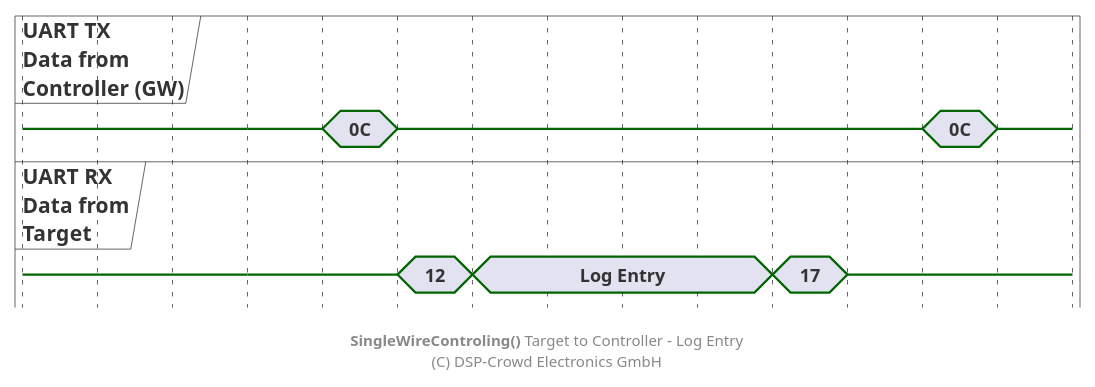
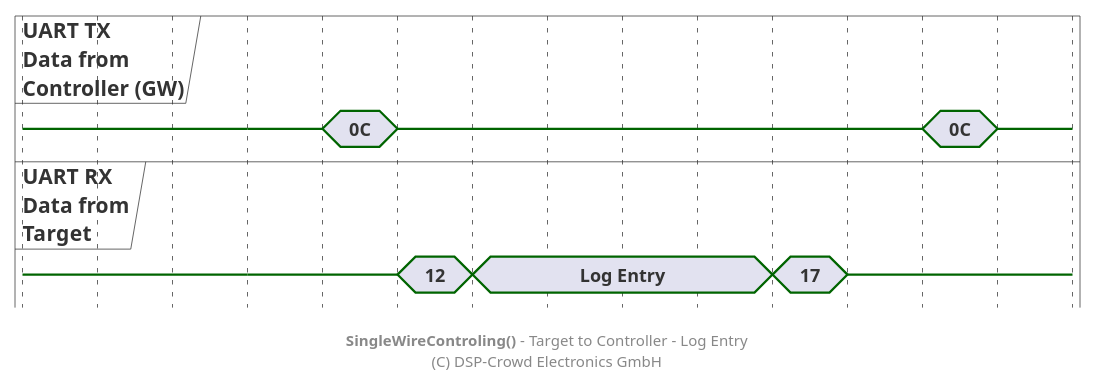
One commit to NoOrientationProgramming/code-orb changed the diagram in doc/system/protocol/A2_swt-target-to-ctrl_log.pu. Above: the diagram before and after it, drawn with PlantUML. The commit also changed 15 other files, not shown here.

```diff
--- a/doc/system/protocol/A2_swt-target-to-ctrl_log.pu
+++ b/doc/system/protocol/A2_swt-target-to-ctrl_log.pu
@@ -2,40 +2,40 @@
 @startuml
 
 hide time-axis
 
 concise "UART TX\nData from\nController (GW)" as ctrl
 concise "UART RX\nData from\nTarget" as tar
 
 @0
 ctrl is {-}
 tar is {-}
 
 @+60
 ctrl is {-}
 tar is {-}
 
 @+20
 ctrl is "0C"
 
 @+20
 ctrl is {-}
 tar is "12"
 
 @+20
 tar is "Log Entry"
 
 @+80
 tar is "17"
 
 @+20
 tar is {-}
 
 @+20
 ctrl is "0C"
 
 @+20
 ctrl is {-}
 
-footer **SingleWireControling()** Target to Controller - Log Entry\n(C) DSP-Crowd Electronics GmbH
+footer **SingleWireControling()** - Target to Controller - Log Entry\n(C) DSP-Crowd Electronics GmbH
 
 @enduml
```
